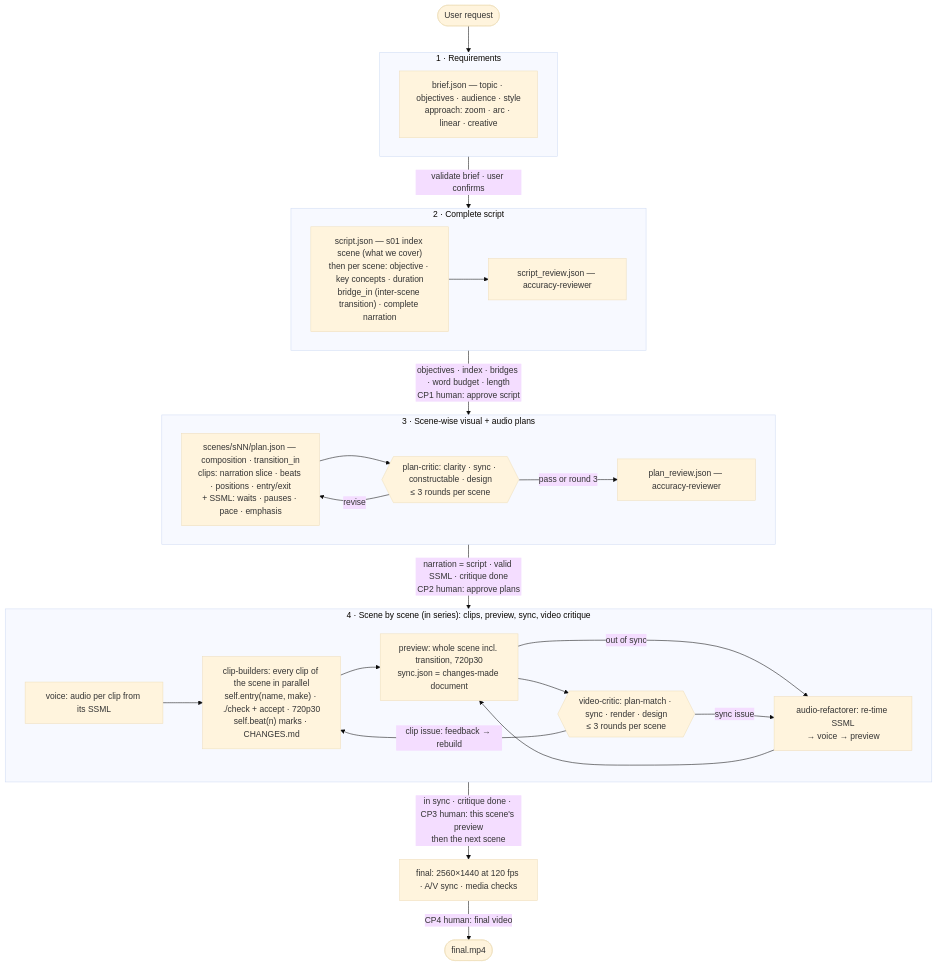
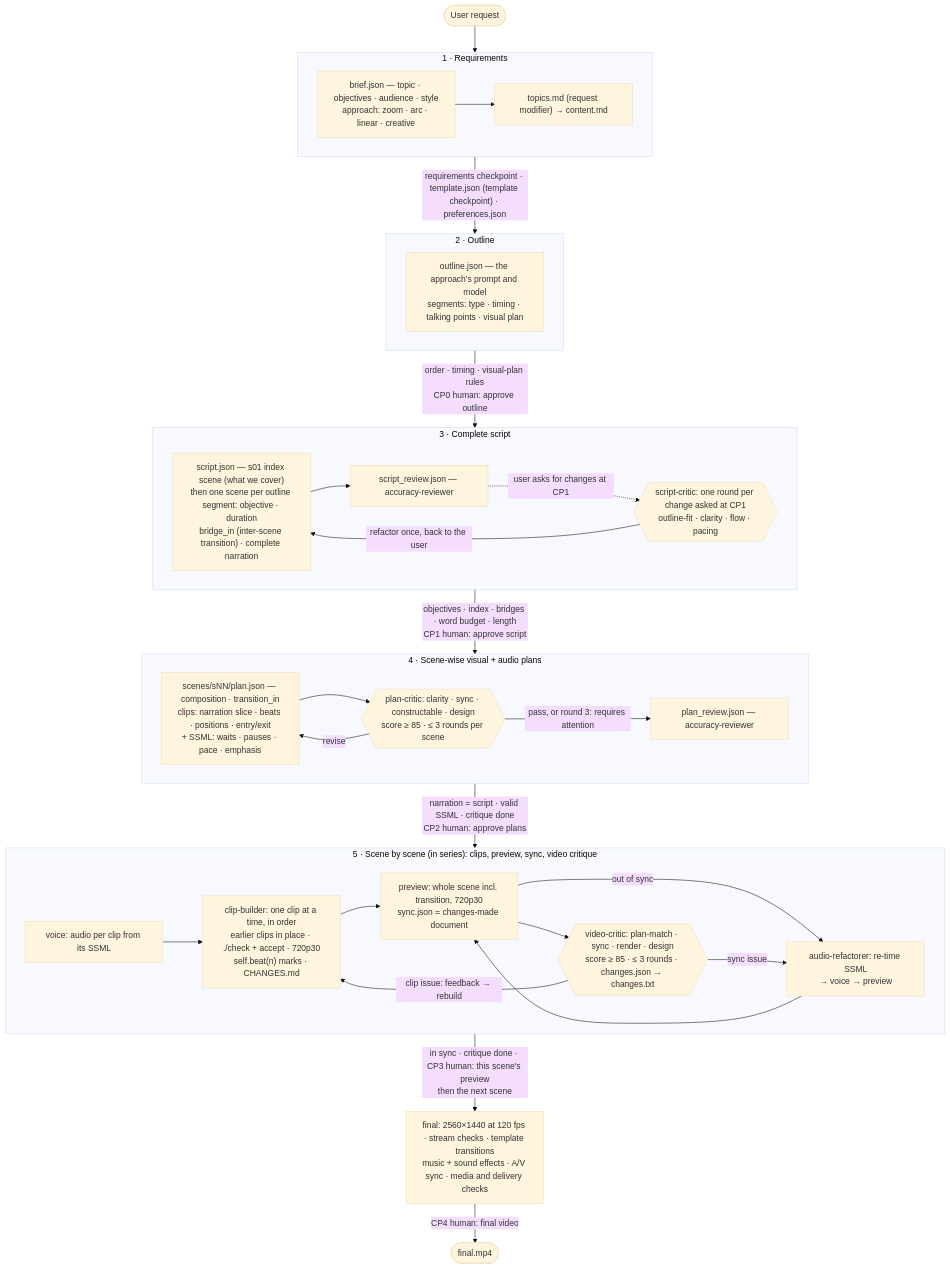
Before and after one commit to GARV-PATEL-11/Text-2-Shorts: the diagram in README.md, drawn with Mermaid (base theme). The commit also changed other lines of this file and 307 other files, not shown here.

````diff
--- a/README.md
+++ b/README.md
@@ -48,33 +58,42 @@
 ```mermaid
 flowchart TD
     U(["User request"]) --> R
     subgraph R["1 · Requirements"]
         B["brief.json — topic · objectives · audience · style<br/>approach: zoom · arc · linear · creative"]
+        T["topics.md (request modifier) → content.md"]
+        B --> T
     end
-    R -->|"validate brief · user confirms"| S
-    subgraph S["2 · Complete script"]
-        SC["script.json — s01 index scene (what we cover)<br/>then per scene: objective · key concepts · duration<br/>bridge_in (inter-scene transition) · complete narration"]
+    R -->|"requirements checkpoint · template.json (template checkpoint) · preferences.json"| O
+    subgraph O["2 · Outline"]
+        OL["outline.json — the approach's prompt and model<br/>segments: type · timing · talking points · visual plan"]
+    end
+    O -->|"order · timing · visual-plan rules<br/>CP0 human: approve outline"| S
+    subgraph S["3 · Complete script"]
+        SC["script.json — s01 index scene (what we cover)<br/>then one scene per outline segment: objective · duration<br/>bridge_in (inter-scene transition) · complete narration"]
+        SK{{"script-critic: one round per change asked at CP1<br/>outline-fit · clarity · flow · pacing"}}
         SR["script_review.json — accuracy-reviewer"]
         SC --> SR
+        SR -.->|"user asks for changes at CP1"| SK
+        SK -->|"refactor once, back to the user"| SC
     end
     S -->|"objectives · index · bridges · word budget · length<br/>CP1 human: approve script"| P
-    subgraph P["3 · Scene-wise visual + audio plans"]
+    subgraph P["4 · Scene-wise visual + audio plans"]
         PL["scenes/sNN/plan.json — composition · transition_in<br/>clips: narration slice · beats · positions · entry/exit<br/>+ SSML: waits · pauses · pace · emphasis"]
-        PC{{"plan-critic: clarity · sync · constructable · design<br/>≤ 3 rounds per scene"}}
+        PC{{"plan-critic: clarity · sync · constructable · design<br/>score ≥ 85 · ≤ 3 rounds per scene"}}
         PL --> PC -->|revise| PL
         PR["plan_review.json — accuracy-reviewer"]
-        PC -->|pass or round 3| PR
+        PC -->|"pass, or round 3: requires attention"| PR
     end
     P -->|"narration = script · valid SSML · critique done<br/>CP2 human: approve plans"| C
-    subgraph C["4 · Scene by scene (in series): clips, preview, sync, video critique"]
-        V["voice: audio per clip from its SSML"] --> K["clip-builders: every clip of the scene in parallel<br/>self.entry(name, make) · ./check + accept · 720p30<br/>self.beat(n) marks · CHANGES.md"]
+    subgraph C["5 · Scene by scene (in series): clips, preview, sync, video critique"]
+        V["voice: audio per clip from its SSML"] --> K["clip-builder: one clip at a time, in order<br/>earlier clips in place · ./check + accept · 720p30<br/>self.beat(n) marks · CHANGES.md"]
         K --> PV["preview: whole scene incl. transition, 720p30<br/>sync.json = changes-made document"]
         PV -->|out of sync| AR["audio-refactorer: re-time SSML<br/>→ voice → preview"]
         AR --> PV
-        PV --> VC{{"video-critic: plan-match · sync · render · design<br/>≤ 3 rounds per scene"}}
+        PV --> VC{{"video-critic: plan-match · sync · render · design<br/>score ≥ 85 · ≤ 3 rounds · changes.json → changes.txt"}}
         VC -->|"sync issue"| AR
         VC -->|"clip issue: feedback → rebuild"| K
     end
-    C -->|"in sync · critique done · CP3 human: this scene's preview<br/>then the next scene"| F["final: 2560×1440 at 120 fps · A/V sync · media checks"]
+    C -->|"in sync · critique done · CP3 human: this scene's preview<br/>then the next scene"| F["final: 2560×1440 at 120 fps · stream checks · template transitions<br/>music + sound effects · A/V sync · media and delivery checks"]
     F -->|"CP4 human: final video"| D(["final.mp4"])
 ```
````
